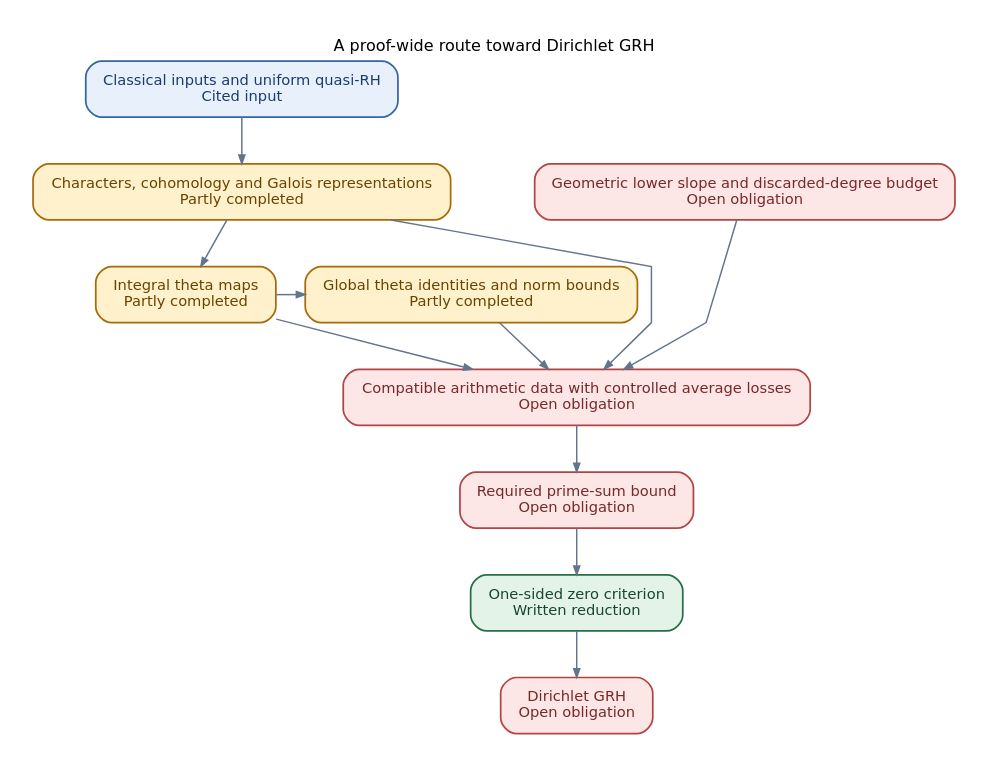
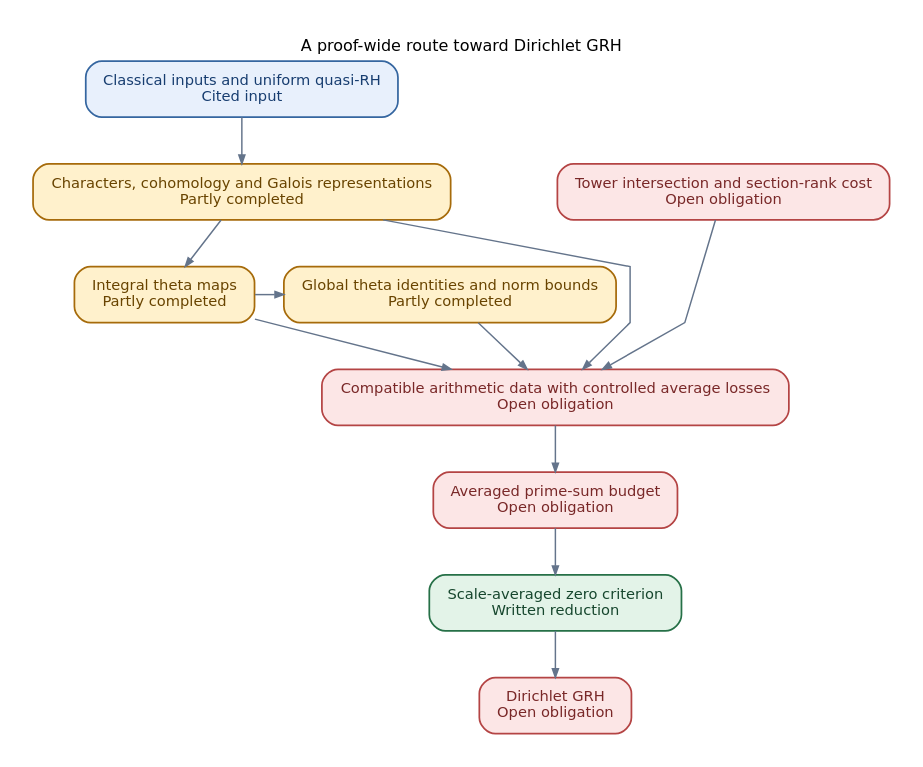
The diagram in blueprint/overview.dot (JoseBrox/GRH_distillation), drawn with Graphviz before and after one commit. The commit also changed 47 other files, not shown here.

Commit message:
Integrate averaged criteria, geometric reductions and seven-page guide

```diff
--- a/blueprint/overview.dot
+++ b/blueprint/overview.dot
@@ -1,28 +1,28 @@
 digraph proof {
 graph [rankdir=TB, bgcolor="white", pad="0.24", nodesep="0.30", ranksep="0.48",
   fontname="DejaVu Sans", fontsize=12, labelloc=t, label="A proof-wide route toward Dirichlet GRH", splines=polyline];
 node [shape=box, style="rounded,filled", fontname="DejaVu Sans", fontsize=11,
   margin="0.18,0.12", penwidth=1.3];
 edge [color="#64748B", penwidth=1.1, arrowsize=0.65];
 "inputs" [label="Classical inputs and uniform quasi-RH\nCited input", fillcolor="#E8F0FC", color="#3566A0", fontcolor="#173D70"];
 "arithmetic" [label="Characters, cohomology and Galois representations\nPartly completed", fillcolor="#FFF1CC", color="#A66B0B", fontcolor="#694400"];
 "theta" [label="Integral theta maps\nPartly completed", fillcolor="#FFF1CC", color="#A66B0B", fontcolor="#694400"];
-"geometry" [label="Geometric lower slope and discarded-degree budget\nOpen obligation", fillcolor="#FCE6E6", color="#B44444", fontcolor="#792828"];
+"geometry" [label="Tower intersection and section-rank cost\nOpen obligation", fillcolor="#FCE6E6", color="#B44444", fontcolor="#792828"];
 "global_norms" [label="Global theta identities and norm bounds\nPartly completed", fillcolor="#FFF1CC", color="#A66B0B", fontcolor="#694400"];
 "compatible" [label="Compatible arithmetic data with controlled average losses\nOpen obligation", fillcolor="#FCE6E6", color="#B44444", fontcolor="#792828"];
-"bound" [label="Required prime-sum bound\nOpen obligation", fillcolor="#FCE6E6", color="#B44444", fontcolor="#792828"];
-"criterion" [label="One-sided zero criterion\nWritten reduction", fillcolor="#E3F3E8", color="#267047", fontcolor="#17472E"];
+"bound" [label="Averaged prime-sum budget\nOpen obligation", fillcolor="#FCE6E6", color="#B44444", fontcolor="#792828"];
+"criterion" [label="Scale-averaged zero criterion\nWritten reduction", fillcolor="#E3F3E8", color="#267047", fontcolor="#17472E"];
 "grh" [label="Dirichlet GRH\nOpen obligation", fillcolor="#FCE6E6", color="#B44444", fontcolor="#792828"];
 "inputs" -> "arithmetic";
 "arithmetic" -> "theta";
 "theta" -> "global_norms";
 "arithmetic" -> "compatible";
 "theta" -> "compatible";
 "geometry" -> "compatible";
 "global_norms" -> "compatible";
 "compatible" -> "bound";
 "bound" -> "criterion";
 "criterion" -> "grh";
 {rank=same; "arithmetic"; "geometry";}
 {rank=same; "theta"; "global_norms";}
 }
```
